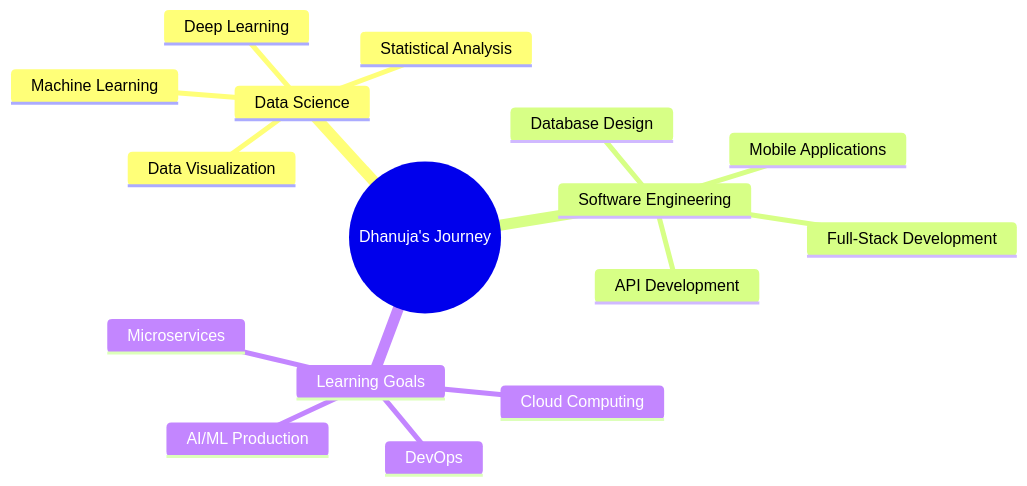
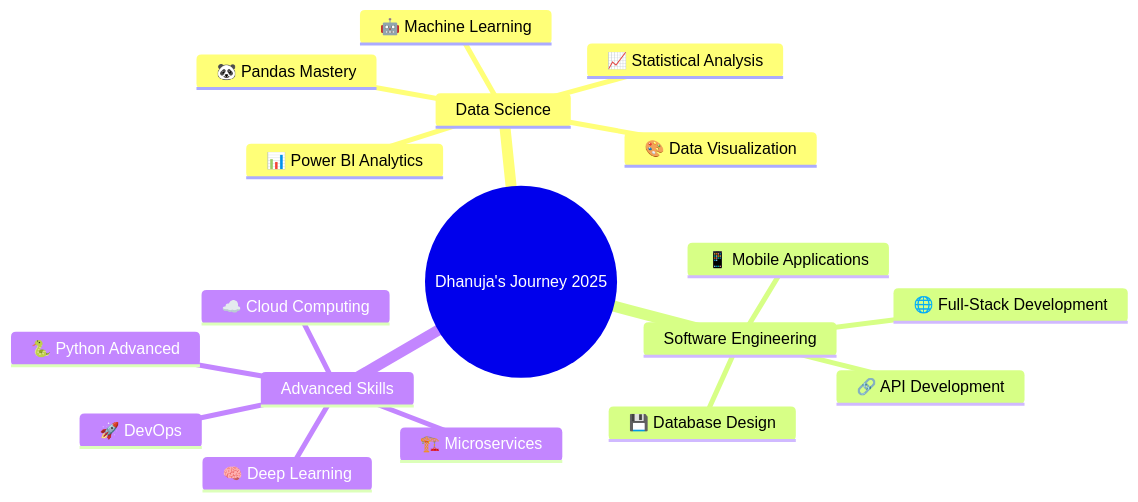
The diagram in README.md (DhanujaRehan/DhanujaRehan), drawn with Mermaid before and after one commit. The commit also changed other lines of this file, not shown here.

````diff
--- a/README.md
+++ b/README.md
@@ -104,19 +132,21 @@
 ```mermaid
 mindmap
-  root((Dhanuja's Journey))
+  root((Dhanuja's Journey 2025))
     Data Science
-      Machine Learning
-      Deep Learning
-      Statistical Analysis
-      Data Visualization
+      🐼 Pandas Mastery
+      📊 Power BI Analytics  
+      🤖 Machine Learning
+      📈 Statistical Analysis
+      🎨 Data Visualization
     Software Engineering
-      Full-Stack Development
-      Mobile Applications
-      API Development
-      Database Design
-    Learning Goals
-      Cloud Computing
-      DevOps
-      AI/ML Production
-      Microservices
+      🌐 Full-Stack Development
+      📱 Mobile Applications
+      🔗 API Development
+      💾 Database Design
+    Advanced Skills
+      🐍 Python Advanced
+      ☁️ Cloud Computing
+      🚀 DevOps
+      🧠 Deep Learning
+      🏗️ Microservices
 ```
````
